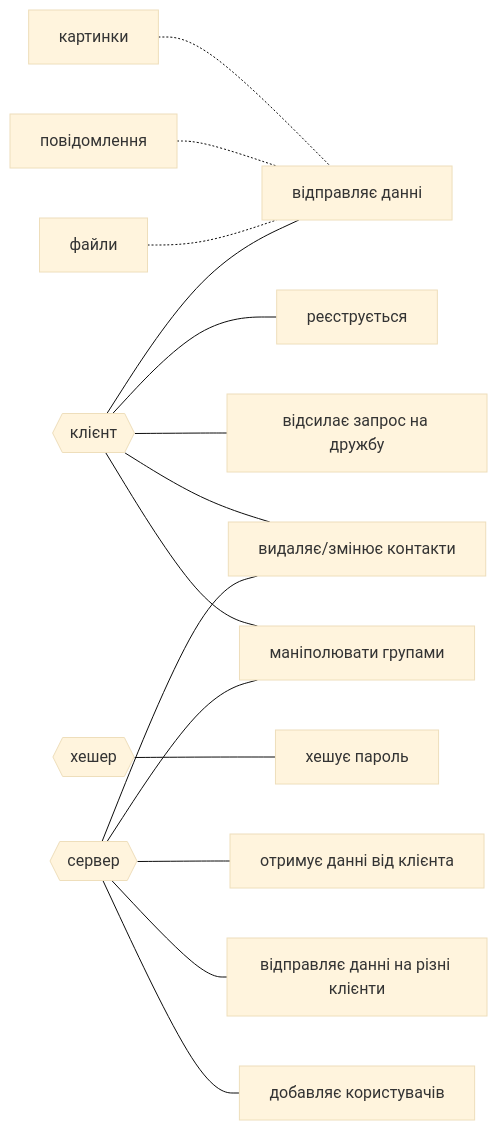
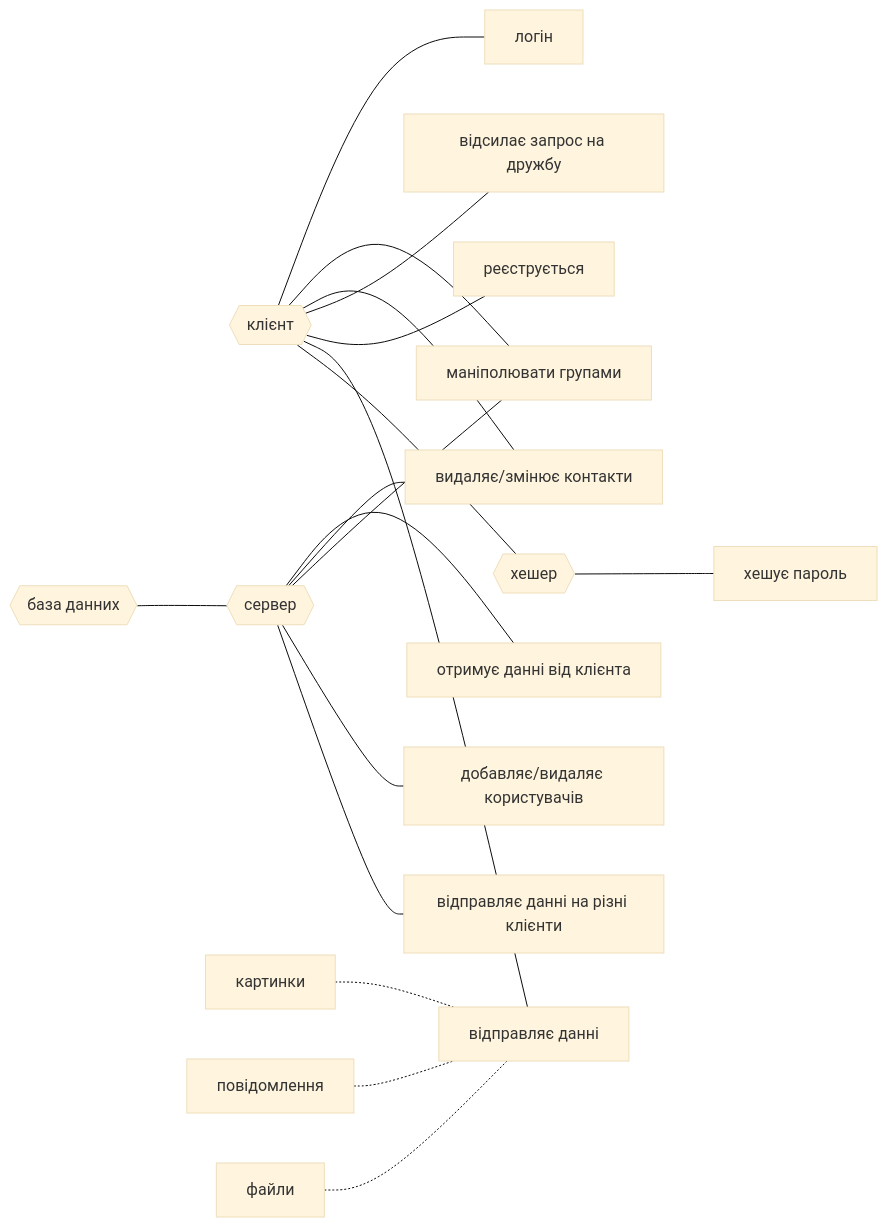
One commit to flurium/babble changed the diagram in docs/use-case.md. Above: the diagram before and after it, drawn with Mermaid (base theme). The commit also changed 2 other files, not shown here.

````diff
--- a/docs/use-case.md
+++ b/docs/use-case.md
@@ -1,32 +1,35 @@
 ```mermaid
 flowchart LR
   client{{клієнт}}
   hasher{{хешер}}
   server{{сервер}}
+  bd{{база данних}}
 
 
   rcc[видаляє/змінює контакти]
   csd[відправляє данні]
   mg[маніполювати групами]
 
   картинки-.-csd
   повідомлення-.-csd
   файли-.-csd
 
+  hasher---hp[хешує пароль]
+  client---hasher
+
   client---csd
   client---c1[реєструється]
   client---c2[відсилає запрос на дружбу]
   client---rcc
   client---mg
+  client---c4[логін]
  
-  
-  server---s1[отримує данні від клієнта]
   server---s2[відправляє данні на різні клієнти]
-  server---sau[добавляє користувачів]
+  server---sau[добавляє/видаляє користувачів]
   server---mg
   server---rcc
+  server---s1[отримує данні від клієнта]
 
-
-  hasher---hp[хешує пароль]  
+  bd---server
 
 ```
````
